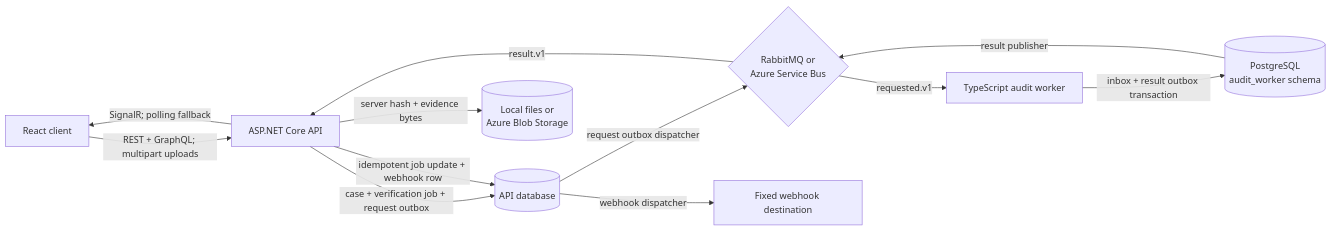
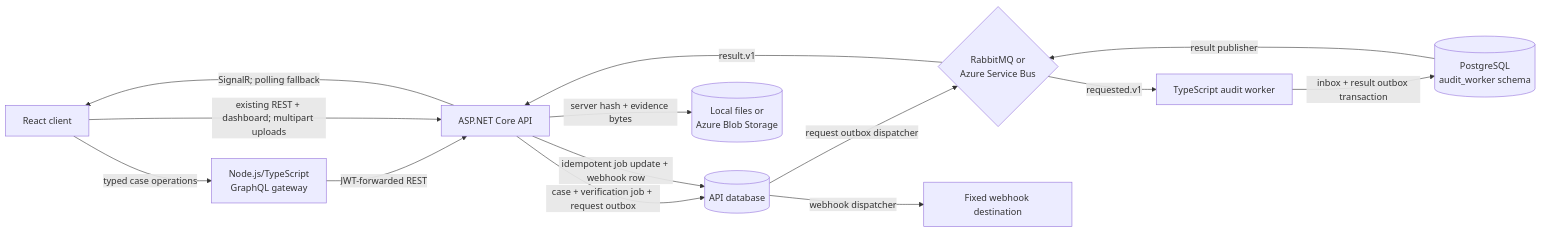
Before and after one commit to MarvelousJade/CaseLedger: the diagram in docs/architecture.md, drawn with Mermaid. The commit also changed other lines of this file and 2 other files, not shown here.

Commit message:
Document GraphQL gateway workflow

````diff
--- a/docs/architecture.md
+++ b/docs/architecture.md
@@ -26,23 +29,26 @@
 ```mermaid
 flowchart LR
     UI[React client]
+    Gateway[Node.js/TypeScript<br/>GraphQL gateway]
     API[ASP.NET Core API]
     ApiDb[(API database)]
     Objects[(Local files or<br/>Azure Blob Storage)]
     Broker{RabbitMQ or<br/>Azure Service Bus}
     Worker[TypeScript audit worker]
     WorkerDb[(PostgreSQL<br/>audit_worker schema)]
     Hook[Fixed webhook destination]
 
-    UI -->|REST + GraphQL; multipart uploads| API
+    UI -->|typed case operations| Gateway
+    Gateway -->|JWT-forwarded REST| API
+    UI -->|existing REST + dashboard; multipart uploads| API
     API -->|server hash + evidence bytes| Objects
     API -->|case + verification job + request outbox| ApiDb
     ApiDb -->|request outbox dispatcher| Broker
     Broker -->|requested.v1| Worker
     Worker -->|inbox + result outbox transaction| WorkerDb
     WorkerDb -->|result publisher| Broker
     Broker -->|result.v1| API
     API -->|idempotent job update + webhook row| ApiDb
     API -->|SignalR; polling fallback| UI
     ApiDb -->|webhook dispatcher| Hook
 ```
````
